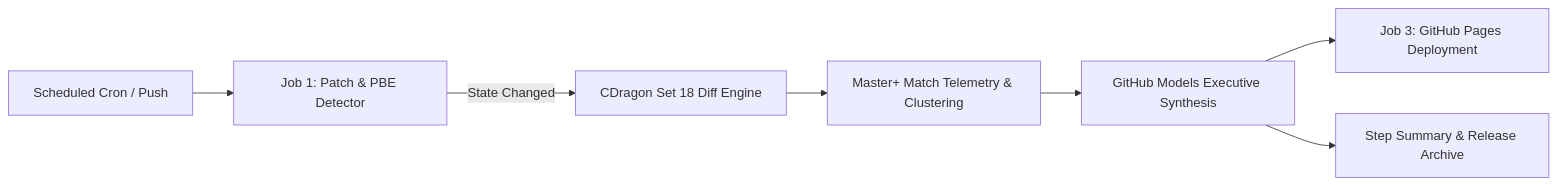
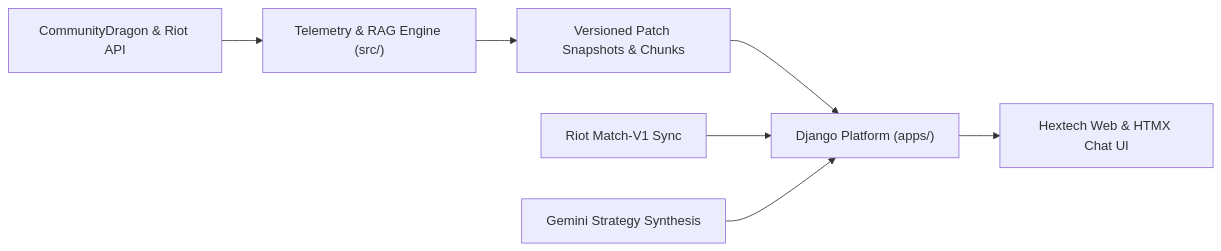
The diagram in README.md (Apexq/TFT-Meta-Patch-Telemetry), drawn with Mermaid before and after one commit. The commit also changed other lines of this file and 33 other files, not shown here.

````diff
--- a/README.md
+++ b/README.md
@@ -18,9 +41,9 @@
 ```mermaid
 flowchart LR
-    A["Scheduled Cron / Push"] --> B["Job 1: Patch & PBE Detector"]
-    B -- "State Changed" --> C["CDragon Set 18 Diff Engine"]
-    C --> D["Master+ Match Telemetry & Clustering"]
-    D --> E["GitHub Models Executive Synthesis"]
-    E --> F["Job 3: GitHub Pages Deployment"]
-    E --> G["Step Summary & Release Archive"]
+    Sources["CommunityDragon &amp; Riot API"] --> Engine["Telemetry &amp; RAG Engine (src/)"]
+    Engine --> Snapshot["Versioned Patch Snapshots &amp; Chunks"]
+    Snapshot --> Django["Django Platform (apps/)"]
+    RiotSync["Riot Match-V1 Sync"] --> Django
+    LLM["Gemini Strategy Synthesis"] --> Django
+    Django --> UI["Hextech Web &amp; HTMX Chat UI"]
 ```
````
